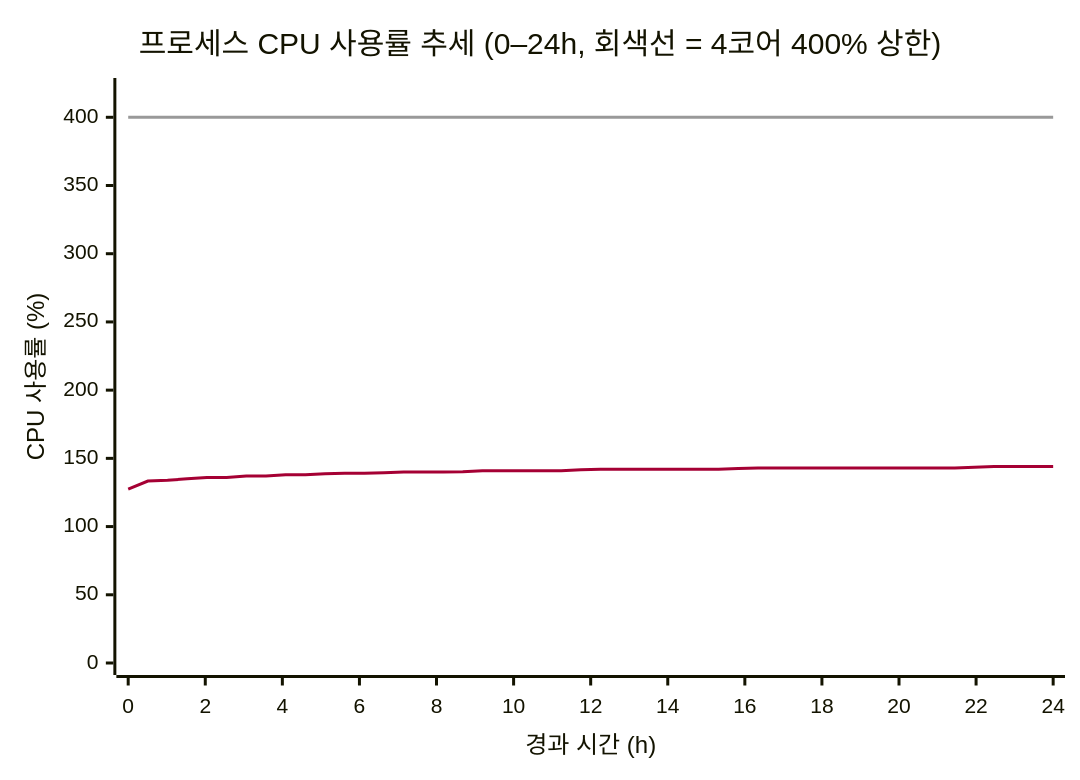
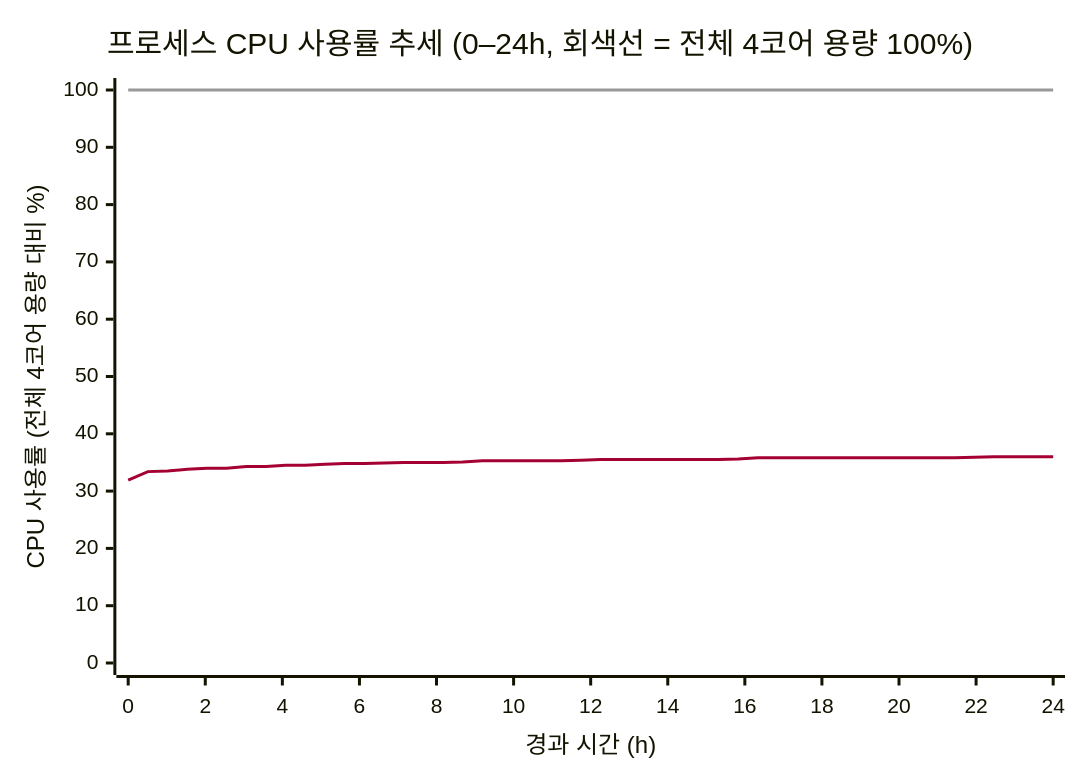
One commit to lgcmu2026-team5/TimeGrapher-Docs changed the third of 4 diagrams in Milestone/ko/4-Planned-Experiments.md. Above: the diagram before and after it, drawn with Mermaid. The commit also changed other lines of this file and 1 other file, not shown here.

Commit message:
Update: 4-Planned-Experiments.md

````diff
--- a/Milestone/ko/4-Planned-Experiments.md
+++ b/Milestone/ko/4-Planned-Experiments.md
@@ -277,9 +277,9 @@
 ```mermaid
 %%{init: {"themeVariables": {"xyChart": {"plotColorPalette": "#A50034, #999999"}}}}%%
 xychart-beta
-    title "프로세스 CPU 사용률 추세 (0–24h, 회색선 = 4코어 400% 상한)"
+    title "프로세스 CPU 사용률 추세 (0–24h, 회색선 = 전체 4코어 용량 100%)"
     x-axis "경과 시간 (h)" 0 --> 24
-    y-axis "CPU 사용률 (%)" 0 --> 420
-    line [127.5, 133.4, 134.0, 135.0, 136.0, 136.0, 137.0, 137.0, 138.0, 138.0, 138.7, 139.0, 139.0, 139.4, 140.0, 140.0, 140.0, 140.2, 141.0, 141.0, 141.0, 141.0, 141.0, 141.7, 142.0, 142.0, 142.0, 142.0, 142.0, 142.0, 142.0, 142.5, 143.0, 143.0, 143.0, 143.0, 143.0, 143.0, 143.0, 143.0, 143.0, 143.0, 143.0, 143.5, 144.0, 144.0, 144.0, 144.0]
-    line [400, 400, 400, 400, 400, 400, 400, 400, 400, 400, 400, 400, 400, 400, 400, 400, 400, 400, 400, 400, 400, 400, 400, 400, 400, 400, 400, 400, 400, 400, 400, 400, 400, 400, 400, 400, 400, 400, 400, 400, 400, 400, 400, 400, 400, 400, 400, 400]
+    y-axis "CPU 사용률 (전체 4코어 용량 대비 %)" 0 --> 100
+    line [31.9, 33.4, 33.5, 33.8, 34.0, 34.0, 34.3, 34.3, 34.5, 34.5, 34.7, 34.8, 34.8, 34.9, 35.0, 35.0, 35.0, 35.1, 35.3, 35.3, 35.3, 35.3, 35.3, 35.4, 35.5, 35.5, 35.5, 35.5, 35.5, 35.5, 35.5, 35.6, 35.8, 35.8, 35.8, 35.8, 35.8, 35.8, 35.8, 35.8, 35.8, 35.8, 35.8, 35.9, 36.0, 36.0, 36.0, 36.0]
+    line [100, 100, 100, 100, 100, 100, 100, 100, 100, 100, 100, 100, 100, 100, 100, 100, 100, 100, 100, 100, 100, 100, 100, 100, 100, 100, 100, 100, 100, 100, 100, 100, 100, 100, 100, 100, 100, 100, 100, 100, 100, 100, 100, 100, 100, 100, 100, 100]
 ```
````
